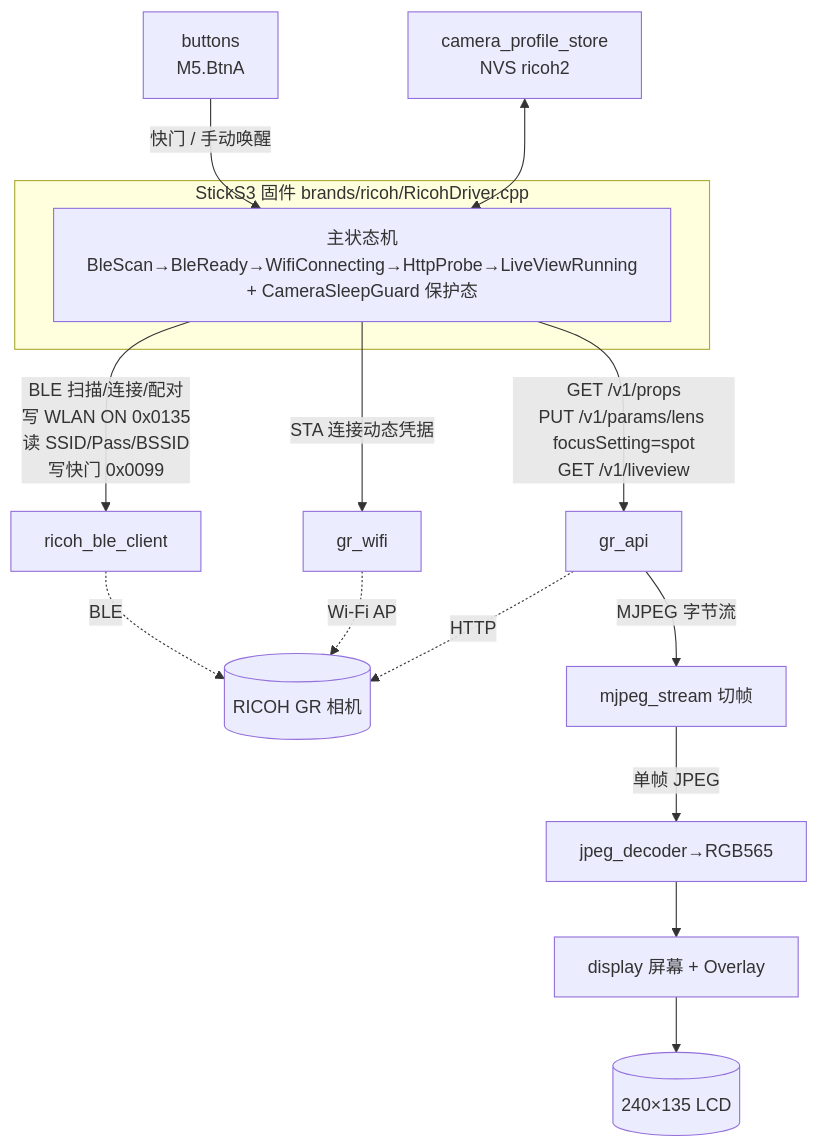
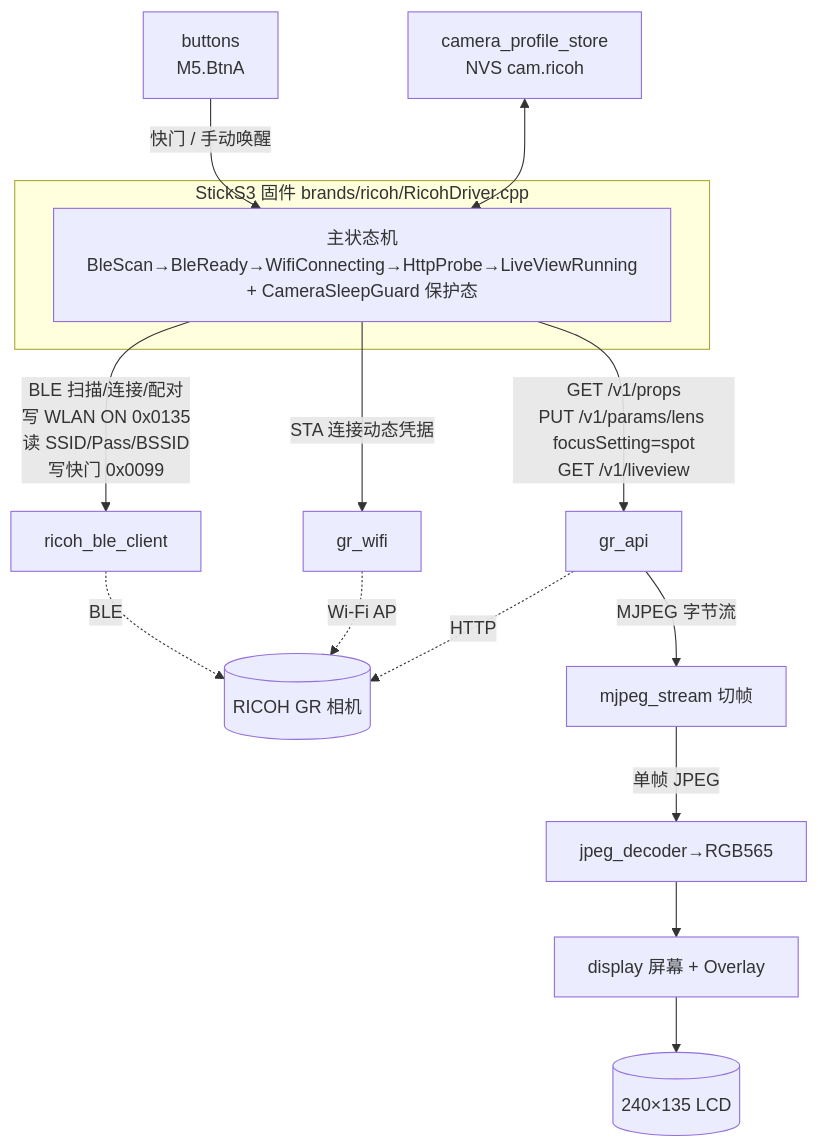
The diagram in CLAUDE.md (sky18Dragon/RICOH-GR-Live-View-Shooting), drawn with Mermaid before and after one commit. The commit also changed other lines of this file and 14 other files, not shown here.

First line of the commit message:
refactor: split storage into a Ricoh camera profile and app settings

````diff
--- a/CLAUDE.md
+++ b/CLAUDE.md
@@ -70,25 +70,25 @@
 ```mermaid
 flowchart TD
   subgraph StickS3[StickS3 固件 brands/ricoh/RicohDriver.cpp]
     FSM[主状态机<br/>BleScan→BleReady→WifiConnecting→HttpProbe→LiveViewRunning<br/>+ CameraSleepGuard 保护态]
   end
 
   CAM[(RICOH GR 相机)]
 
   FSM -->|BLE 扫描/连接/配对<br/>写 WLAN ON 0x0135<br/>读 SSID/Pass/BSSID<br/>写快门 0x0099| BLE[ricoh_ble_client]
   BLE -.BLE.-> CAM
 
   FSM -->|STA 连接动态凭据| WIFI[gr_wifi]
   WIFI -.Wi-Fi AP.-> CAM
 
   FSM -->|GET /v1/props<br/>PUT /v1/params/lens focusSetting=spot<br/>GET /v1/liveview| API[gr_api]
   API -.HTTP.-> CAM
 
   API -->|MJPEG 字节流| MJPEG[mjpeg_stream 切帧]
   MJPEG -->|单帧 JPEG| JPEG[jpeg_decoder→RGB565]
   JPEG --> DISP[display 屏幕 + Overlay]
   DISP --> SCREEN[(240×135 LCD)]
 
   BTN[buttons<br/>M5.BtnA] -->|快门 / 手动唤醒| FSM
-  NVS[camera_profile_store<br/>NVS ricoh2] <--> FSM
+  NVS[camera_profile_store<br/>NVS cam.ricoh] <--> FSM
 ```
````
